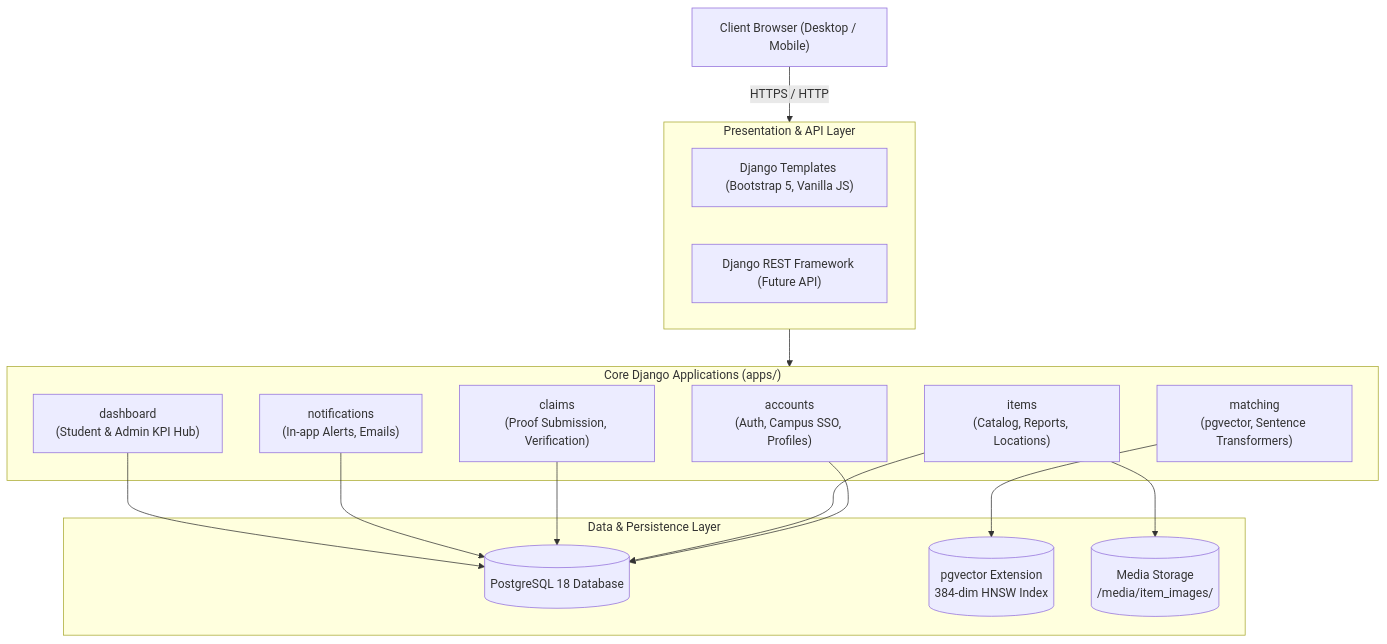
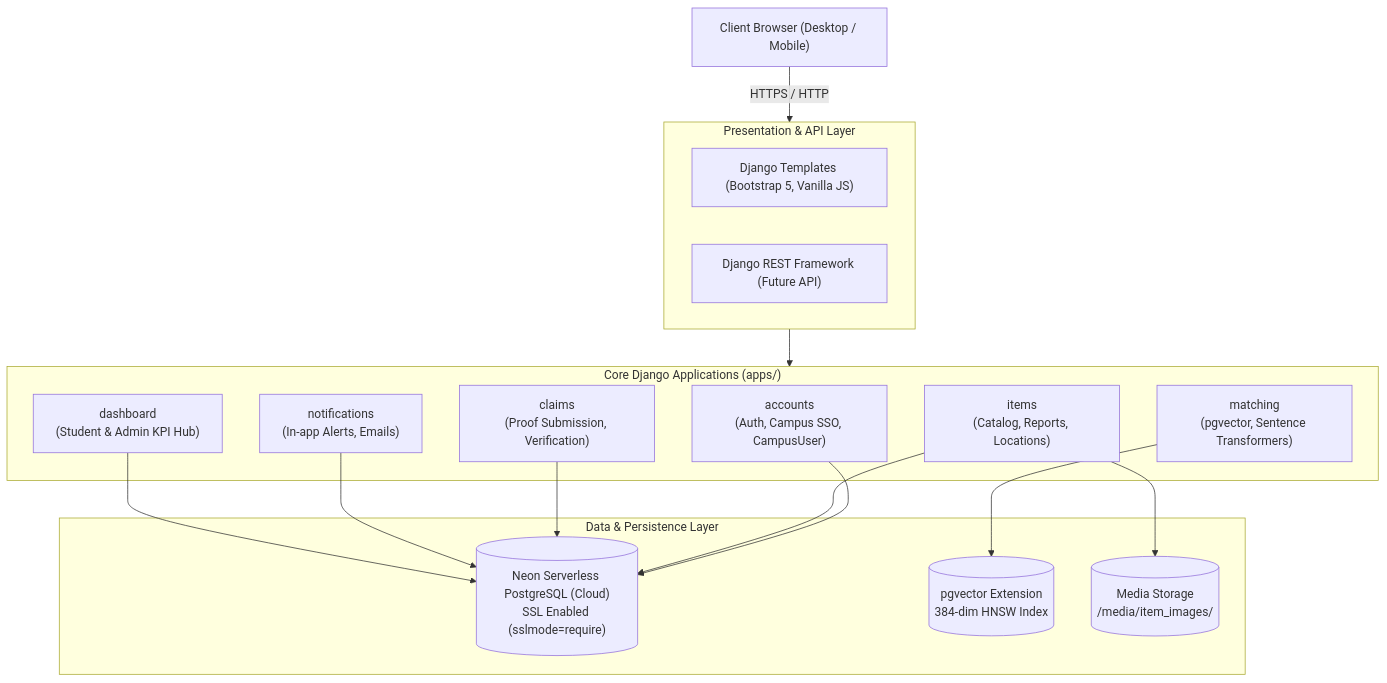
Before and after one commit to shane235k/Campus-Find: the diagram in docs/ARCHITECTURE.md, drawn with Mermaid. The commit also changed other lines of this file and 10 other files, not shown here.

Commit message:
feat: complete Phase 0.1 database migration to Neon and custom user model setup

````diff
--- a/docs/ARCHITECTURE.md
+++ b/docs/ARCHITECTURE.md
@@ -7,34 +7,34 @@
 ```mermaid
 graph TD
     Client["Client Browser (Desktop / Mobile)"]
     
     subgraph Presentation_Layer["Presentation & API Layer"]
         DT["Django Templates (Bootstrap 5, Vanilla JS)"]
         DRF["Django REST Framework (Future API)"]
     end
     
     subgraph Application_Layer["Core Django Applications (apps/)"]
-        Accounts["accounts<br>(Auth, Campus SSO, Profiles)"]
+        Accounts["accounts<br>(Auth, Campus SSO, CampusUser)"]
         Items["items<br>(Catalog, Reports, Locations)"]
         Matching["matching<br>(pgvector, Sentence Transformers)"]
         Claims["claims<br>(Proof Submission, Verification)"]
         Notifications["notifications<br>(In-app Alerts, Emails)"]
         Dashboard["dashboard<br>(Student & Admin KPI Hub)"]
     end
     
     subgraph Data_Layer["Data & Persistence Layer"]
-        PG[("PostgreSQL 18 Database")]
+        NeonDB[("Neon Serverless PostgreSQL (Cloud)<br>SSL Enabled (sslmode=require)")]
         PGV[("pgvector Extension<br>384-dim HNSW Index")]
         Media[("Media Storage<br>/media/item_images/")]
     end
     
     Client -->|HTTPS / HTTP| Presentation_Layer
     Presentation_Layer --> Application_Layer
-    Accounts --> PG
-    Items --> PG
+    Accounts --> NeonDB
+    Items --> NeonDB
     Items --> Media
     Matching --> PGV
-    Claims --> PG
-    Notifications --> PG
-    Dashboard --> PG
+    Claims --> NeonDB
+    Notifications --> NeonDB
+    Dashboard --> NeonDB
 ```
````
